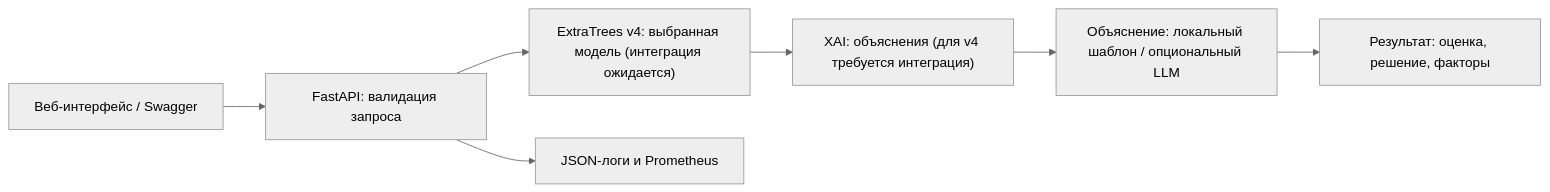
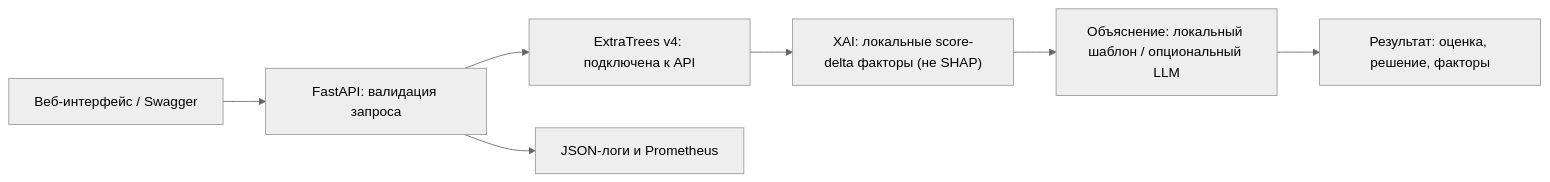
The diagram in README.md (SamDerden/Fraud_Detection_with-XAI_and_LLM), drawn with Mermaid (neutral theme) before and after one commit. The commit also changed other lines of this file and 1 other file, not shown here.

Commit message:
Align README with ExtraTrees v4 and document 16-webinar defense coverage

````diff
--- a/README.md
+++ b/README.md
@@ -34,9 +34,9 @@
 ```mermaid
 flowchart LR
     A["Веб-интерфейс / Swagger"] --> B["FastAPI: валидация запроса"]
-    B --> C["ExtraTrees v4: выбранная модель (интеграция ожидается)"]
-    C --> D["XAI: объяснения (для v4 требуется интеграция)"]
+    B --> C["ExtraTrees v4: подключена к API"]
+    C --> D["XAI: локальные score-delta факторы (не SHAP)"]
     D --> E["Объяснение: локальный шаблон / опциональный LLM"]
     E --> F["Результат: оценка, решение, факторы"]
     B --> G["JSON-логи и Prometheus"]
 ```
````
